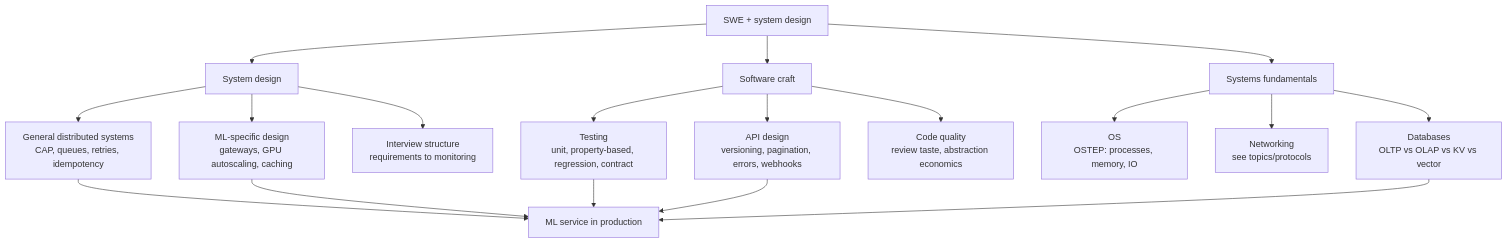
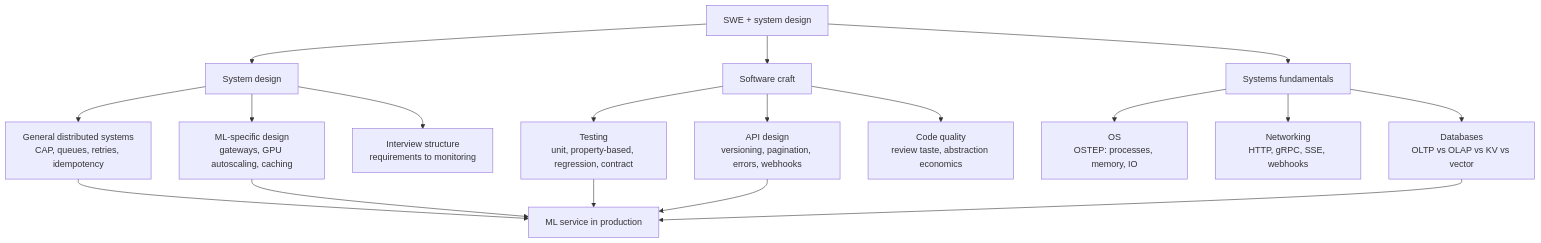
The diagram in topics/swe-and-system-design/summary.md (khalit7/technical_knowledge_base), drawn with Mermaid before and after one commit. The commit also changed other lines of this file and 289 other files, not shown here.

````diff
--- a/topics/swe-and-system-design/summary.md
+++ b/topics/swe-and-system-design/summary.md
@@ -14,24 +19,24 @@
 ```mermaid
 graph TD
     A[SWE + system design] --> B[System design]
     A --> C[Software craft]
     A --> D[Systems fundamentals]
 
     B --> B1[General distributed systems<br/>CAP, queues, retries, idempotency]
     B --> B2[ML-specific design<br/>gateways, GPU autoscaling, caching]
     B --> B3[Interview structure<br/>requirements to monitoring]
 
     C --> C1[Testing<br/>unit, property-based, regression, contract]
     C --> C2[API design<br/>versioning, pagination, errors, webhooks]
     C --> C3[Code quality<br/>review taste, abstraction economics]
 
     D --> D1[OS<br/>OSTEP: processes, memory, IO]
-    D --> D2[Networking<br/>see topics/protocols]
+    D --> D2[Networking<br/>HTTP, gRPC, SSE, webhooks]
     D --> D3[Databases<br/>OLTP vs OLAP vs KV vs vector]
 
     B1 --> E[ML service in production]
     B2 --> E
     C1 --> E
     C2 --> E
     D3 --> E
 ```
````
